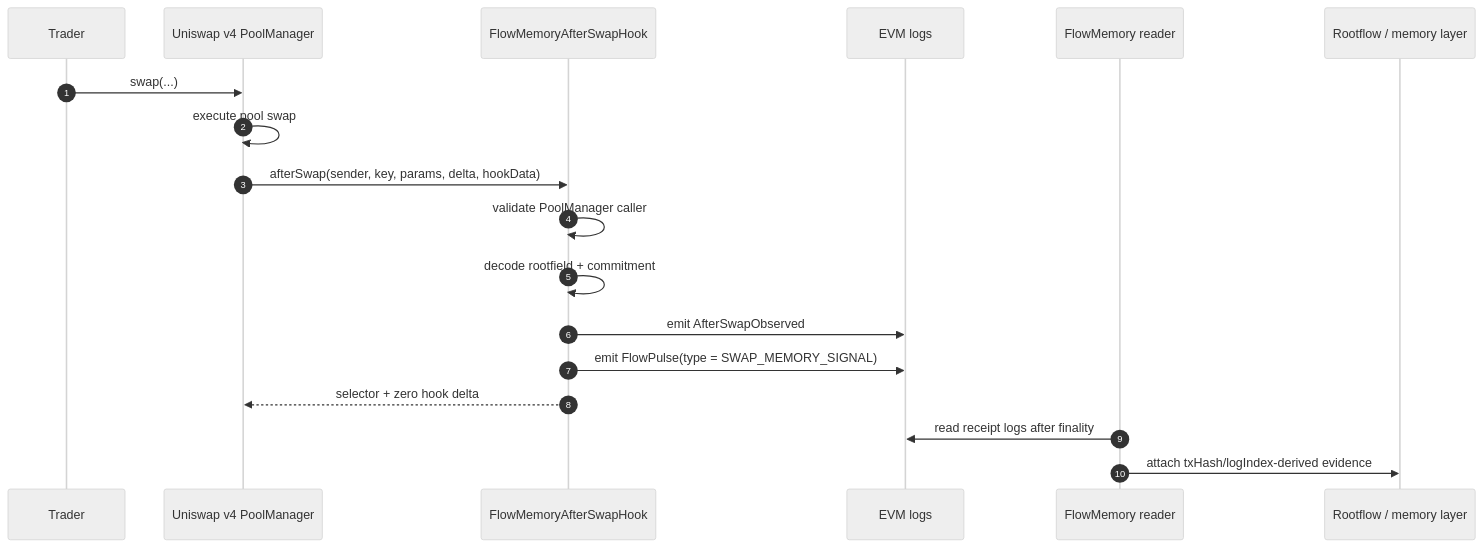
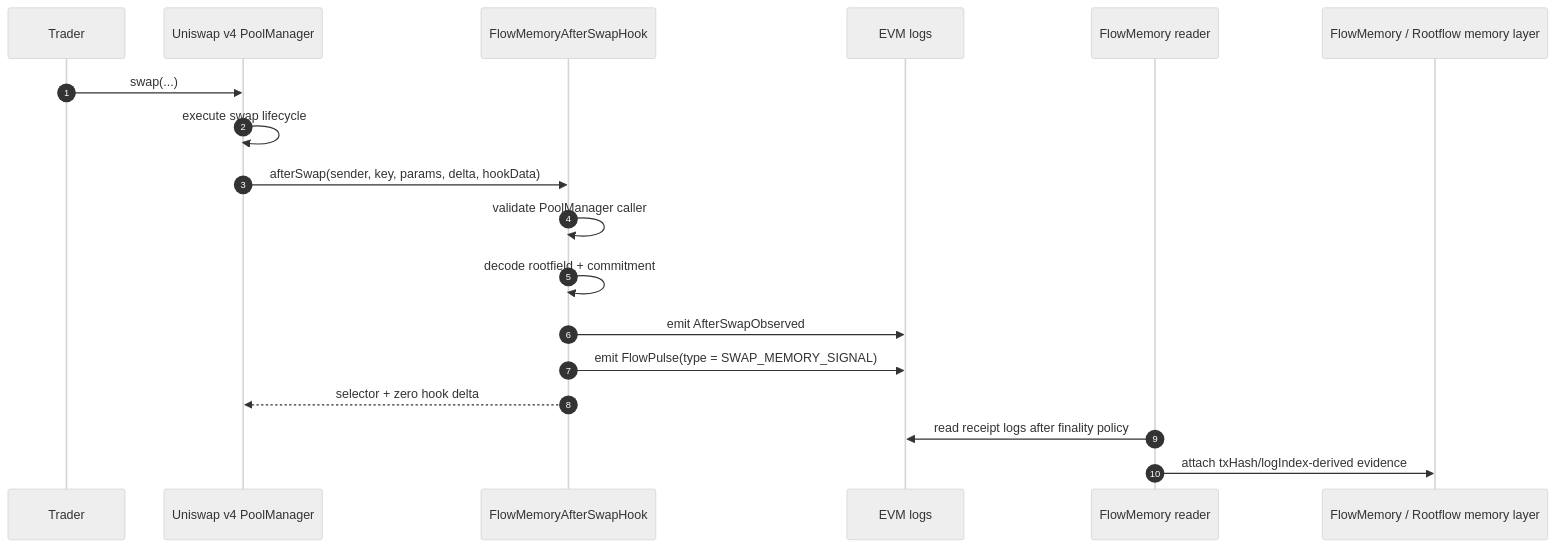
One commit to FlowmemoryAI/flowmemory-uniswap-v4-hooks changed the second of 2 diagrams in README.md. Above: the diagram before and after it, drawn with Mermaid (neutral theme). The commit also changed other lines of this file and 22 other files, not shown here.

````diff
--- a/README.md
+++ b/README.md
@@ -13,21 +155,21 @@
 ```mermaid
 sequenceDiagram
     autonumber
     participant Trader
     participant PoolManager as Uniswap v4 PoolManager
     participant Hook as FlowMemoryAfterSwapHook
     participant Logs as EVM logs
     participant Reader as FlowMemory reader
-    participant Rootflow as Rootflow / memory layer
+    participant Rootflow as FlowMemory / Rootflow memory layer
 
     Trader->>PoolManager: swap(...)
-    PoolManager->>PoolManager: execute pool swap
+    PoolManager->>PoolManager: execute swap lifecycle
     PoolManager->>Hook: afterSwap(sender, key, params, delta, hookData)
     Hook->>Hook: validate PoolManager caller
     Hook->>Hook: decode rootfield + commitment
     Hook->>Logs: emit AfterSwapObserved
     Hook->>Logs: emit FlowPulse(type = SWAP_MEMORY_SIGNAL)
     Hook-->>PoolManager: selector + zero hook delta
-    Reader->>Logs: read receipt logs after finality
+    Reader->>Logs: read receipt logs after finality policy
     Reader->>Rootflow: attach txHash/logIndex-derived evidence
 ```
````
